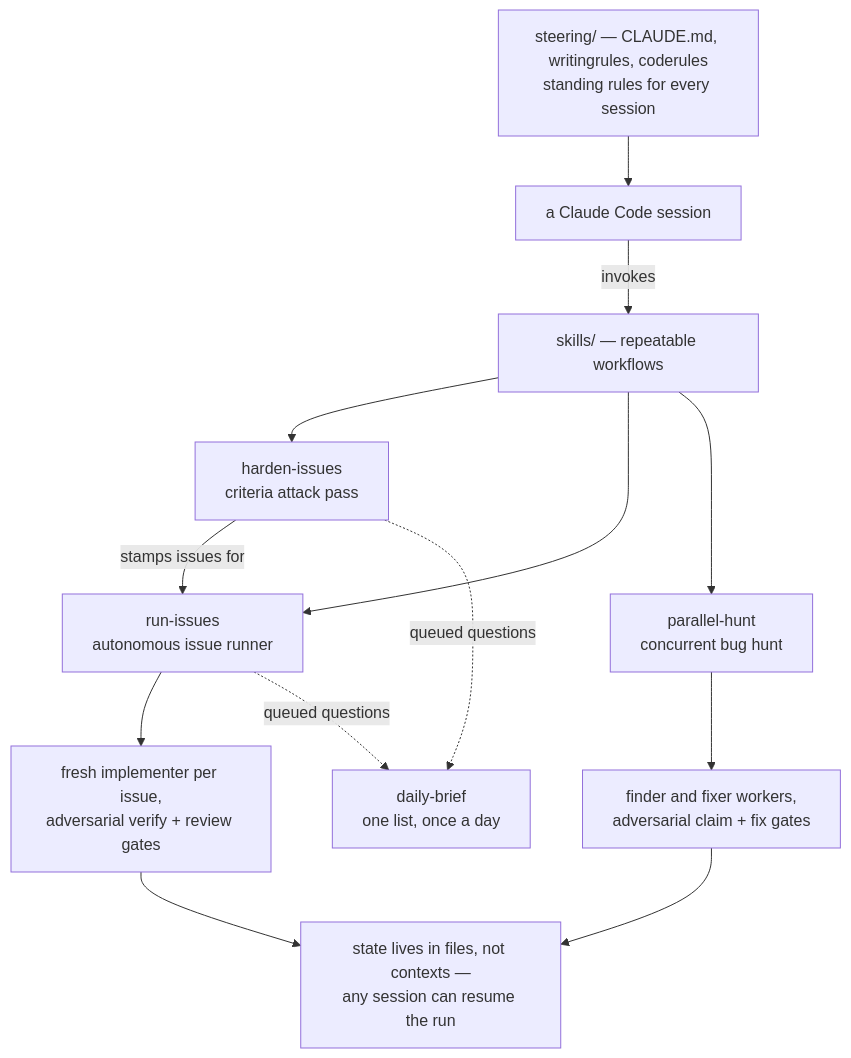
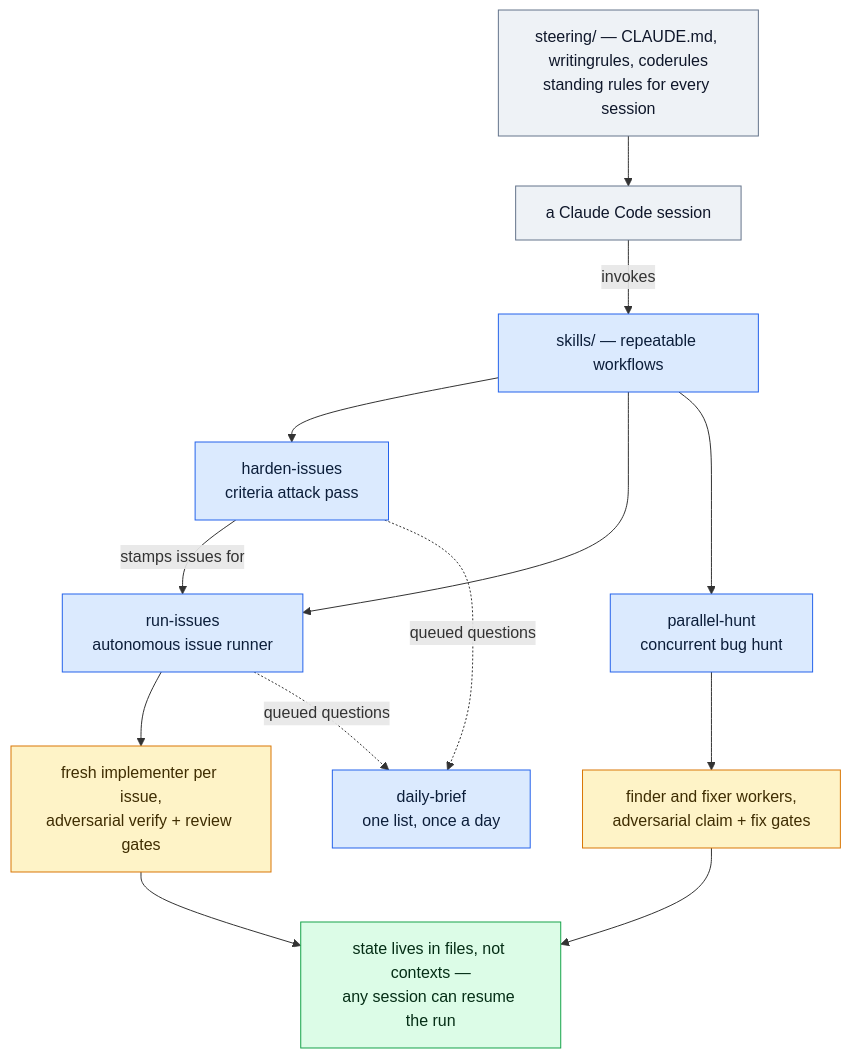
The first of 3 diagrams in README.md (roufmlp/agent-skills), drawn with Mermaid before and after one commit. The commit also changed other lines of this file, not shown here.

First line of the commit message:
Add run-issues and parallel-hunt loop diagrams; colour the overview chart

````diff
--- a/README.md
+++ b/README.md
@@ -16,15 +16,24 @@
 ```mermaid
 flowchart TD
     ST["steering/ — CLAUDE.md, writingrules, coderules<br/>standing rules for every session"] --> SES["a Claude Code session"]
     SES -->|invokes| SK["skills/ — repeatable workflows"]
     SK --> HI["harden-issues<br/>criteria attack pass"]
     SK --> RI["run-issues<br/>autonomous issue runner"]
     SK --> PH["parallel-hunt<br/>concurrent bug hunt"]
     HI -->|stamps issues for| RI
     RI --> W1["fresh implementer per issue,<br/>adversarial verify + review gates"]
     PH --> W2["finder and fixer workers,<br/>adversarial claim + fix gates"]
     W1 --> F["state lives in files, not contexts —<br/>any session can resume the run"]
     W2 --> F
     HI -.->|queued questions| DB["daily-brief<br/>one list, once a day"]
     RI -.->|queued questions| DB
+
+    classDef rule fill:#eef2f6,stroke:#64748b,color:#0f172a
+    classDef skill fill:#dbeafe,stroke:#2563eb,color:#0c1e3a
+    classDef worker fill:#fef3c7,stroke:#d97706,color:#3f2d02
+    classDef state fill:#dcfce7,stroke:#16a34a,color:#052e16
+    class ST,SES rule
+    class SK,HI,RI,PH,DB skill
+    class W1,W2 worker
+    class F state
 ```
````
